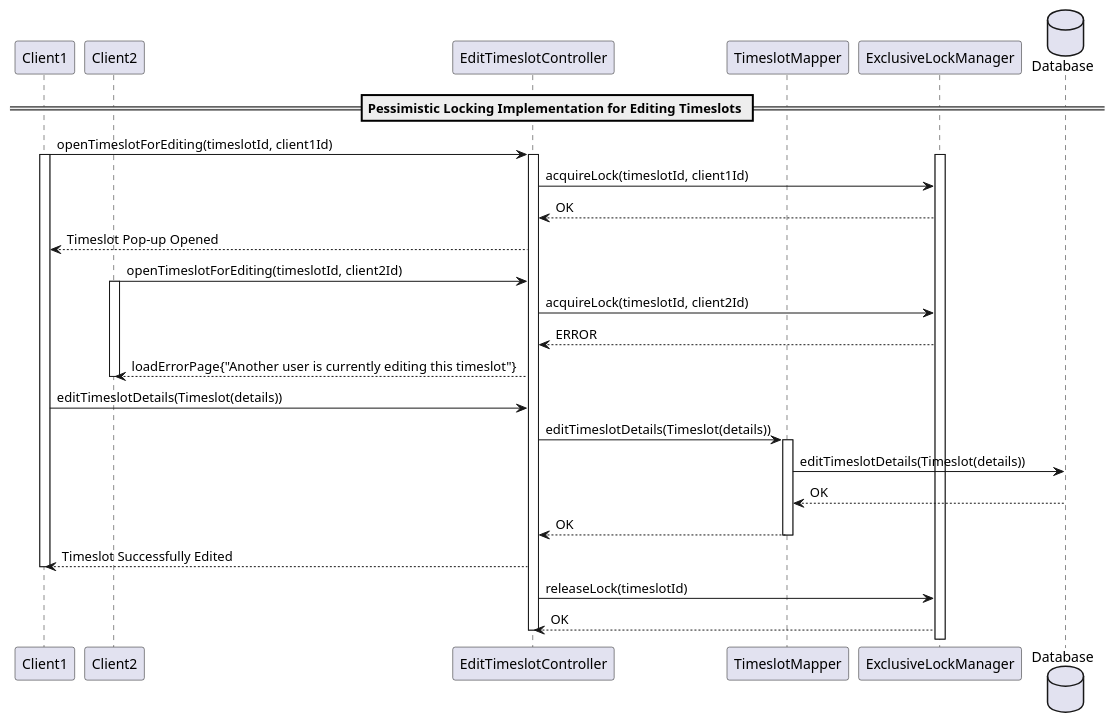
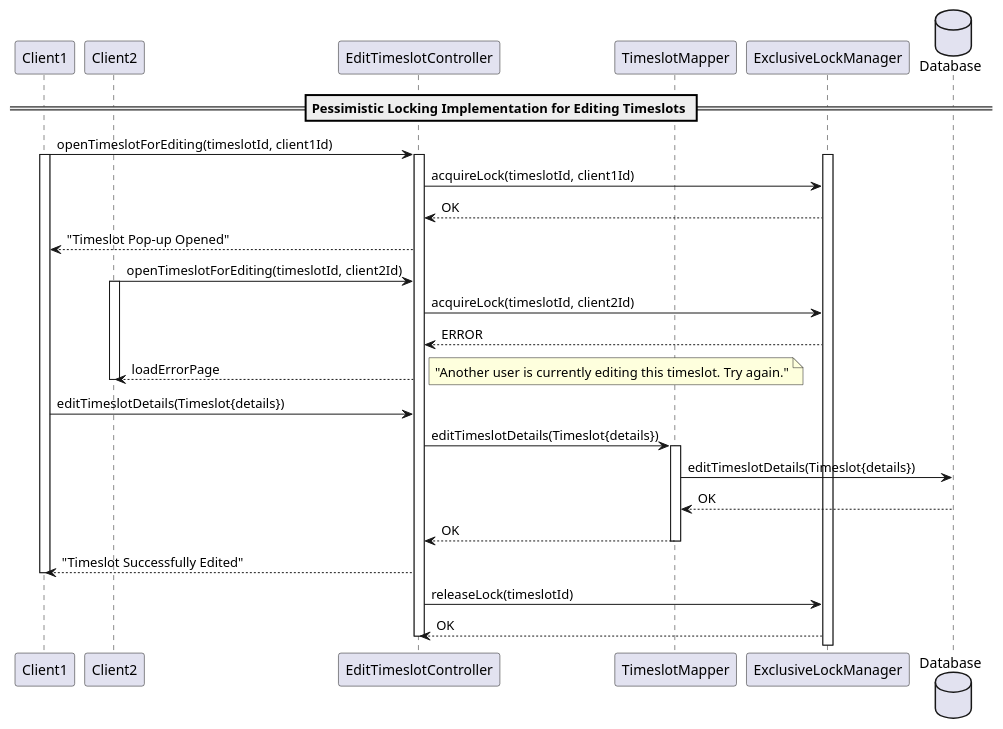
Before and after one commit to SWEN900072021/Covid19BookingSystem: the diagram in docs/part3/diagrams/PessimisticLockingSequenceDiagram.puml, drawn with PlantUML.

Commit message:
implemented feedback

```diff
--- a/docs/part3/diagrams/PessimisticLockingSequenceDiagram.puml
+++ b/docs/part3/diagrams/PessimisticLockingSequenceDiagram.puml
@@ -1,40 +1,41 @@
 @startuml
 'https://plantuml.com/sequence-diagram
 
 skinparam linetype polyline
 
 participant "Client1" as Client1
 participant "Client2" as Client2
 participant "EditTimeslotController" as ETC
 participant "TimeslotMapper" as TM
 participant "ExclusiveLockManager" as ELM
 database "Database" as DB
 
 == Pessimistic Locking Implementation for Editing Timeslots ==
 Client1 -> ETC: openTimeslotForEditing(timeslotId, client1Id)
 activate ELM
 activate Client1
 activate ETC
 ETC -> ELM: acquireLock(timeslotId, client1Id)
 ELM --> ETC: OK
-ETC --> Client1: Timeslot Pop-up Opened
+ETC --> Client1: "Timeslot Pop-up Opened"
 Client2 -> ETC: openTimeslotForEditing(timeslotId, client2Id)
 activate Client2
 ETC -> ELM: acquireLock(timeslotId, client2Id)
 ELM --> ETC: ERROR
-ETC --> Client2: loadErrorPage{"Another user is currently editing this timeslot"}
+ETC --> Client2: loadErrorPage
+note right: "Another user is currently editing this timeslot. Try again."
 deactivate Client2
-Client1 -> ETC: editTimeslotDetails(Timeslot(details))
-ETC -> TM: editTimeslotDetails(Timeslot(details))
+Client1 -> ETC: editTimeslotDetails(Timeslot{details})
+ETC -> TM: editTimeslotDetails(Timeslot{details})
 activate TM
-TM -> DB: editTimeslotDetails(Timeslot(details))
+TM -> DB: editTimeslotDetails(Timeslot{details})
 DB --> TM: OK
 TM --> ETC: OK
 deactivate TM
-ETC --> Client1: Timeslot Successfully Edited
+ETC --> Client1: "Timeslot Successfully Edited"
 deactivate Client1
 ETC -> ELM: releaseLock(timeslotId)
 ELM --> ETC: OK
 deactivate ETC
 
 @enduml
```
